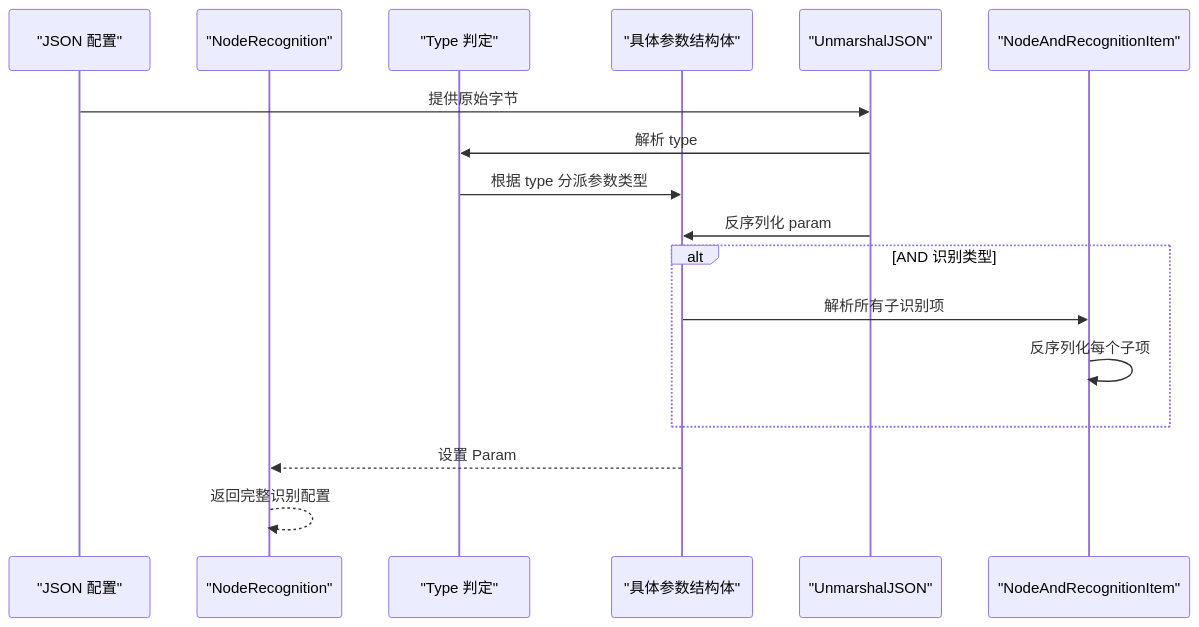
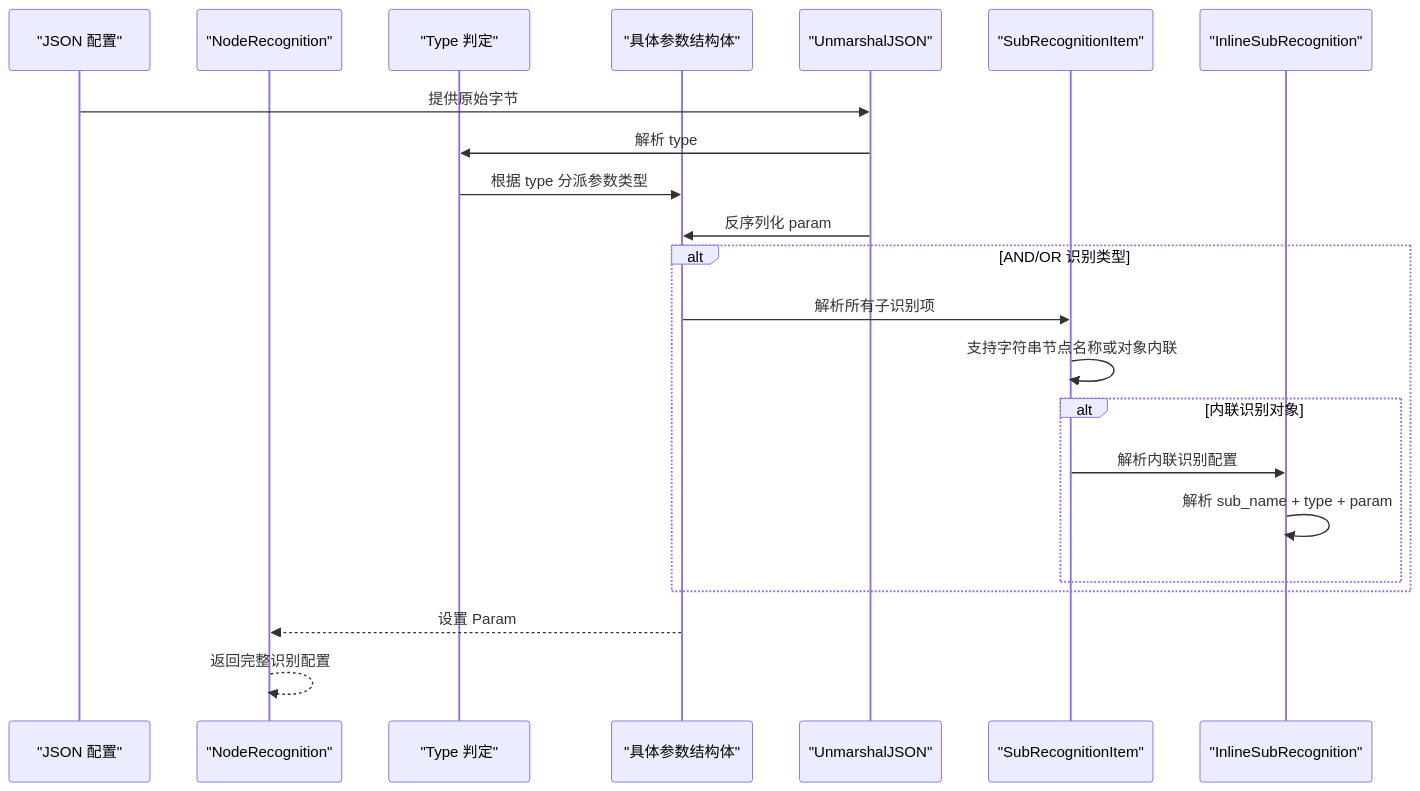
One commit to kqcoxn/MaaPipelineEditor changed the third of 4 diagrams in instructions/maafw-golang-binding/高级功能/流水线配置/节点结构详解/识别配置详解/识别配置详解.md. Above: the diagram before and after it, drawn with Mermaid. The commit also changed other lines of this file and 5 other files, not shown here.

````diff
--- a/instructions/maafw-golang-binding/高级功能/流水线配置/节点结构详解/识别配置详解/识别配置详解.md
+++ b/instructions/maafw-golang-binding/高级功能/流水线配置/节点结构详解/识别配置详解/识别配置详解.md
@@ -137,19 +157,24 @@
 ```mermaid
 sequenceDiagram
 participant JSON as "JSON 配置"
 participant NR as "NodeRecognition"
 participant T as "Type 判定"
 participant P as "具体参数结构体"
 participant U as "UnmarshalJSON"
-participant AI as "NodeAndRecognitionItem"
+participant SRI as "SubRecognitionItem"
+participant ISR as "InlineSubRecognition"
 JSON->>U : 提供原始字节
 U->>T : 解析 type
 T->>P : 根据 type 分派参数类型
 U->>P : 反序列化 param
-alt AND 识别类型
-P->>AI : 解析所有子识别项
-AI->>AI : 反序列化每个子项
+alt AND/OR 识别类型
+P->>SRI : 解析所有子识别项
+SRI->>SRI : 支持字符串节点名称或对象内联
+alt 内联识别对象
+SRI->>ISR : 解析内联识别配置
+ISR->>ISR : 解析 sub_name + type + param
+end
 end
 P-->>NR : 设置 Param
 NR-->>NR : 返回完整识别配置
 ```
````
